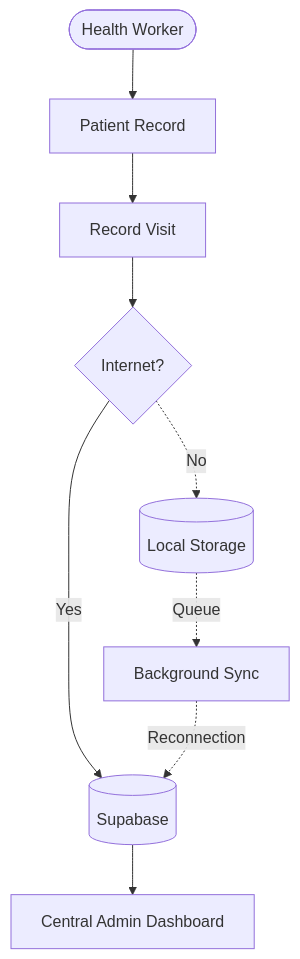
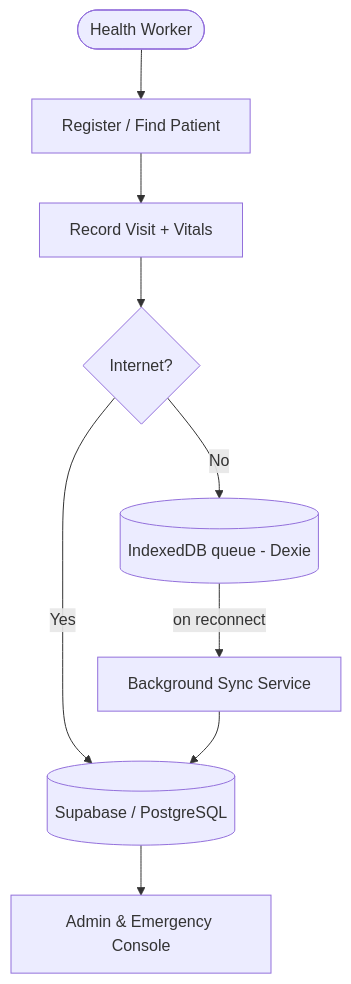
Before and after one commit to sucksatcse/HealStats: the first of 3 diagrams in README.md, drawn with Mermaid. The commit also changed other lines of this file and 3 other files, not shown here.

````diff
--- a/README.md
+++ b/README.md
@@ -51,15 +60,11 @@
 ```mermaid
 flowchart TD
-    Worker([Health Worker]) --> Pat[Patient Record]
-    Pat --> Vis[Record Visit]
-    
+    Worker([Health Worker]) --> Pat[Register / Find Patient]
+    Pat --> Vis[Record Visit + Vitals]
     Vis --> Check{Internet?}
-    
-    Check -->|Yes| Supabase[(Supabase)]
-    Check -.->|No| Local[(Local Storage)]
-    
-    Local -.->|Queue| Sync[Background Sync]
-    Sync -.->|Reconnection| Supabase
-    
-    Supabase --> Admin[Central Admin Dashboard]
+    Check -->|Yes| Supabase[(Supabase / PostgreSQL)]
+    Check -->|No| Local[(IndexedDB queue - Dexie)]
+    Local -->|on reconnect| Sync[Background Sync Service]
+    Sync --> Supabase
+    Supabase --> Admin[Admin & Emergency Console]
 ```
````
